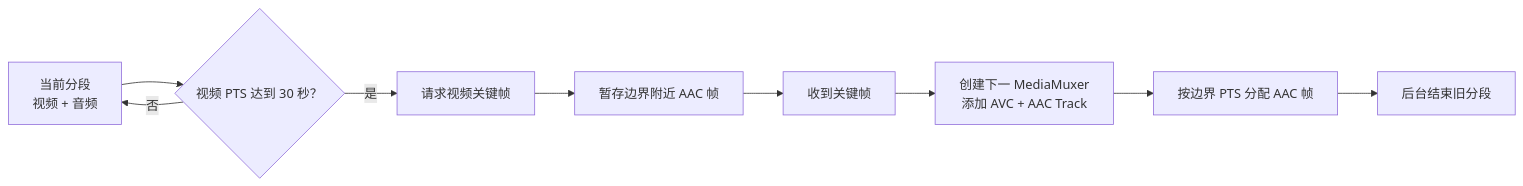
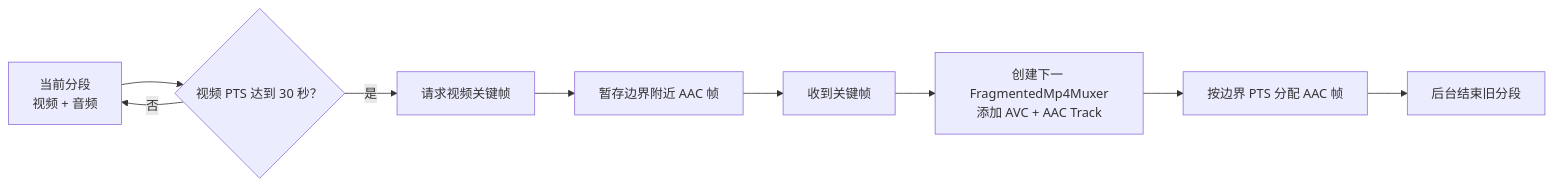
Before and after one commit to songzhixiang/BestScaffold: the seventh of 8 diagrams in docs/aac-recording-architecture.md, drawn with Mermaid. The commit also changed other lines of this file and 9 other files, not shown here.

````diff
--- a/docs/aac-recording-architecture.md
+++ b/docs/aac-recording-architecture.md
@@ -253,15 +253,15 @@
 ```mermaid
 flowchart LR
     Active["当前分段<br/>视频 + 音频"]
     Duration{"视频 PTS 达到 30 秒？"}
     Request["请求视频关键帧"]
     AudioHold["暂存边界附近 AAC 帧"]
     Key["收到关键帧"]
-    Next["创建下一 MediaMuxer<br/>添加 AVC + AAC Track"]
+    Next["创建下一 FragmentedMp4Muxer<br/>添加 AVC + AAC Track"]
     Route["按边界 PTS 分配 AAC 帧"]
     Finalize["后台结束旧分段"]
 
     Active --> Duration
     Duration -- 是 --> Request --> AudioHold --> Key --> Next --> Route --> Finalize
     Duration -- 否 --> Active
 ```
````
